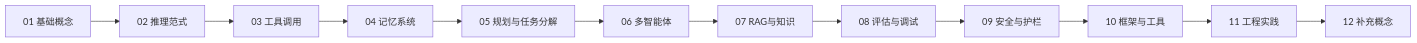
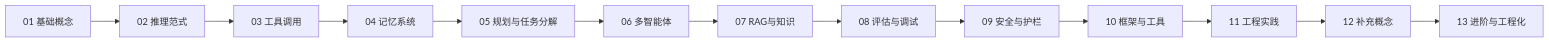
The diagram in posts/AI/Agent开发知识/README.md (tclxtommy-hu/tclxtommy-hu.github.io), drawn with Mermaid before and after one commit. The commit also changed other lines of this file and 13 other files, not shown here.

````diff
--- a/posts/AI/Agent开发知识/README.md
+++ b/posts/AI/Agent开发知识/README.md
@@ -11,14 +11,15 @@
 ```mermaid
 flowchart LR
     A[01 基础概念] --> B[02 推理范式]
     B --> C[03 工具调用]
     C --> D[04 记忆系统]
     D --> E[05 规划与任务分解]
     E --> F[06 多智能体]
     F --> G[07 RAG与知识]
     G --> H[08 评估与调试]
     H --> I[09 安全与护栏]
     I --> J[10 框架与工具]
     J --> K[11 工程实践]
     K --> L[12 补充概念]
+    L --> M[13 进阶与工程化]
 ```
````
